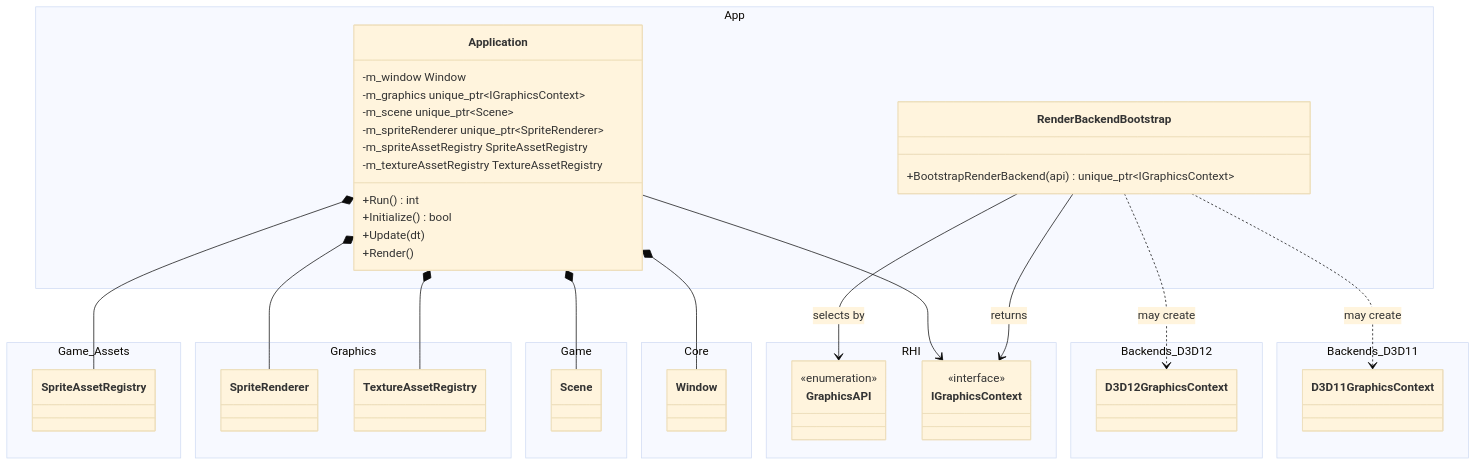
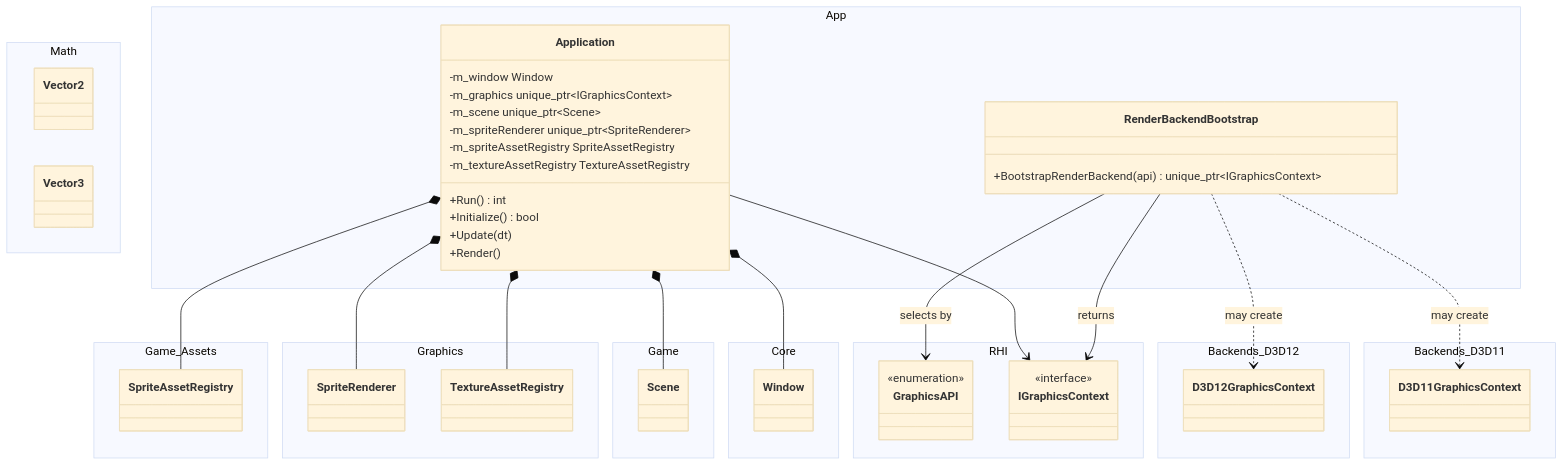
One commit to kenta-MM/Xelqoria changed the diagram in docs/class_diagram/app-class-diagram.md. Above: the diagram before and after it, drawn with Mermaid (base theme). The commit also changed 5 other files, not shown here.

Commit message:
クラス図を更新

````diff
--- a/docs/class_diagram/app-class-diagram.md
+++ b/docs/class_diagram/app-class-diagram.md
@@ -3,70 +3,75 @@
 ```mermaid
 classDiagram
     direction TB
 
     namespace Core {
         class Window
     }
 
     namespace RHI {
         class GraphicsAPI {
             <<enumeration>>
         }
 
         class IGraphicsContext {
             <<interface>>
         }
+    }
+
+    namespace Math {
+        class Vector2
+        class Vector3
     }
 
     namespace Graphics {
         class SpriteRenderer
         class TextureAssetRegistry
     }
 
     namespace Game {
         class Scene
     }
 
     namespace Game_Assets {
         class SpriteAssetRegistry
     }
 
     namespace Backends_D3D11 {
         class D3D11GraphicsContext
     }
 
     namespace Backends_D3D12 {
         class D3D12GraphicsContext
     }
 
     namespace App {
         class Application {
             -m_window Window
             -m_graphics unique_ptr~IGraphicsContext~
             -m_scene unique_ptr~Scene~
             -m_spriteRenderer unique_ptr~SpriteRenderer~
             -m_spriteAssetRegistry SpriteAssetRegistry
             -m_textureAssetRegistry TextureAssetRegistry
             +Run() int
             +Initialize() bool
             +Update(dt)
             +Render()
         }
 
         class RenderBackendBootstrap {
             +BootstrapRenderBackend(api) unique_ptr~IGraphicsContext~
         }
     }
 
     Application *-- Window
     Application *-- Scene
     Application *-- SpriteRenderer
     Application *-- SpriteAssetRegistry
     Application *-- TextureAssetRegistry
     Application --> IGraphicsContext
 
     RenderBackendBootstrap --> GraphicsAPI : selects by
     RenderBackendBootstrap --> IGraphicsContext : returns
     RenderBackendBootstrap ..> D3D11GraphicsContext : may create
     RenderBackendBootstrap ..> D3D12GraphicsContext : may create
 ```
````
